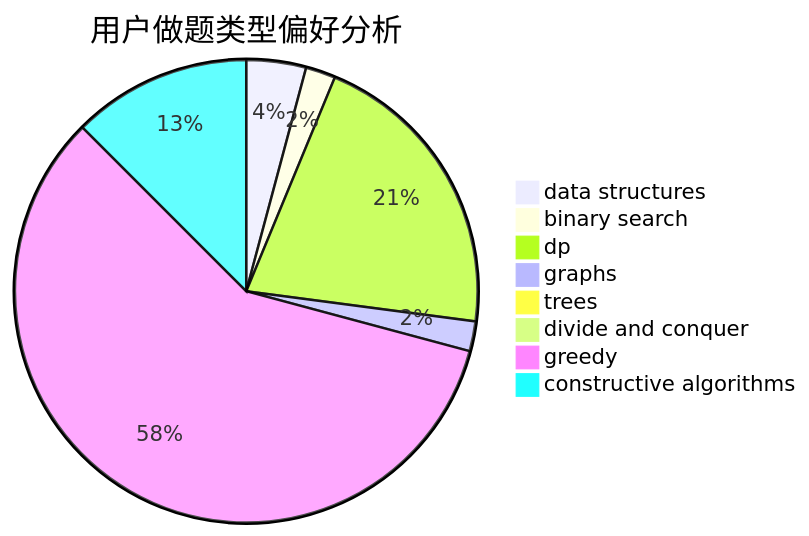
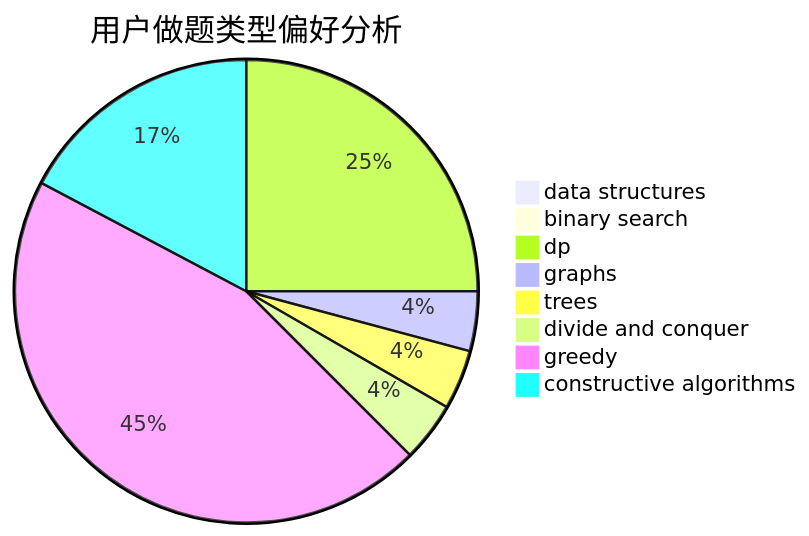
The second of 3 diagrams in docs/user/u1778.md (sherpahu/cfrs.github.io), drawn with Mermaid before and after one commit. The commit also changed other lines of this file and 2770 other files, not shown here.

````diff
--- a/docs/user/u1778.md
+++ b/docs/user/u1778.md
@@ -23,11 +23,11 @@
 ```mermaid
 pie title 用户做题类型偏好分析
-    "data structures" :  2
-    "binary search" :  1
-    "dp" :  10
-    "graphs" :  1
-    "trees" :  0
-    "divide and conquer" :  0
-    "greedy" :  28
-    "constructive algorithms" :  6
+    "data structures" :  0
+    "binary search" :  0
+    "dp" :  42
+    "graphs" :  7
+    "trees" :  7
+    "divide and conquer" :  7
+    "greedy" :  76
+    "constructive algorithms" :  29
 ```
````
